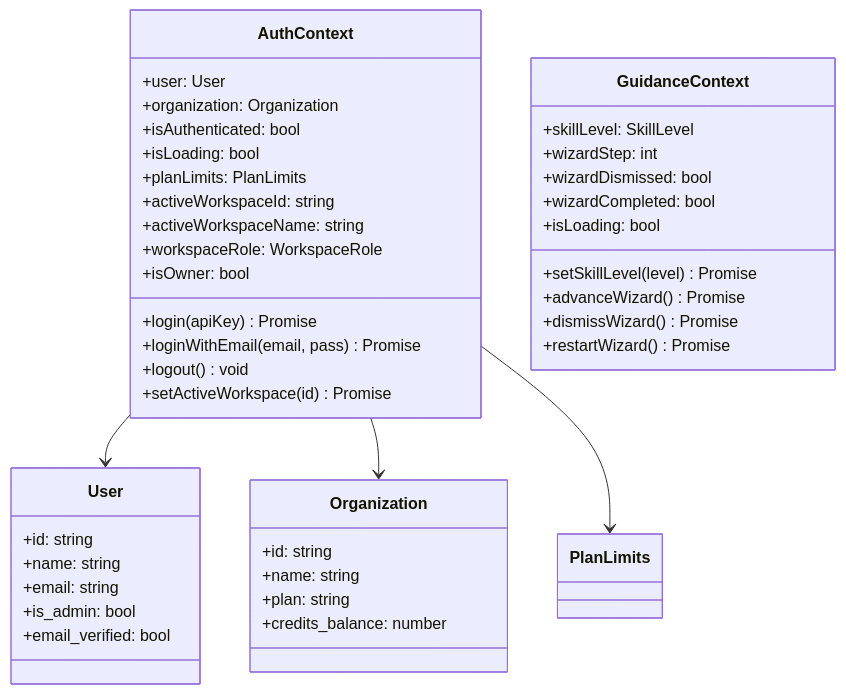
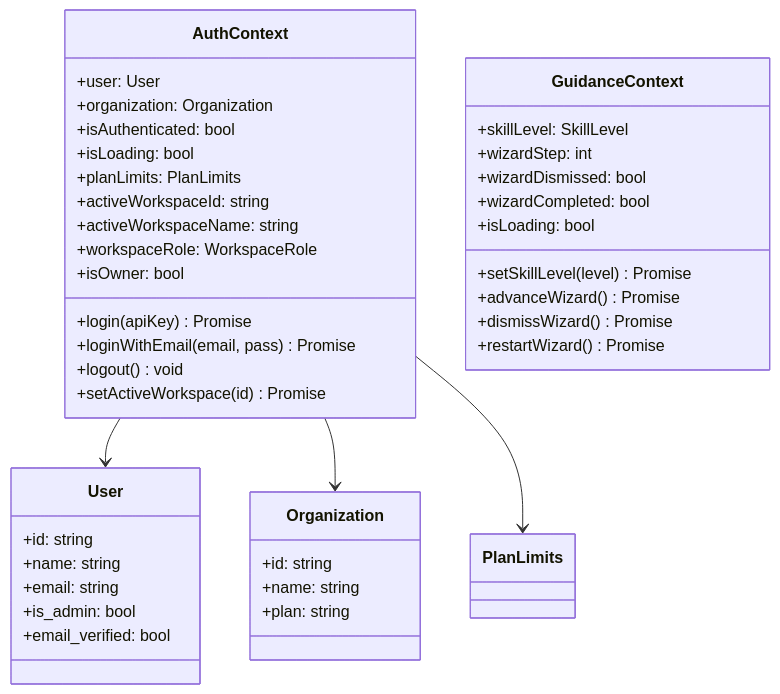
The second of 2 diagrams in docs/ARCHITECTURE/03-frontend/02-state-management.md (avallavall/jaot), drawn with Mermaid before and after one commit. The commit also changed 24 other files, not shown here.

First line of the commit message:
docs(platform): ADR-008 slice 6 — adapt the living architecture docs to the credit-free reality

````diff
--- a/docs/ARCHITECTURE/03-frontend/02-state-management.md
+++ b/docs/ARCHITECTURE/03-frontend/02-state-management.md
@@ -24,49 +24,48 @@
 ```mermaid
 classDiagram
     class AuthContext {
         +user: User
         +organization: Organization
         +isAuthenticated: bool
         +isLoading: bool
         +planLimits: PlanLimits
         +activeWorkspaceId: string
         +activeWorkspaceName: string
         +workspaceRole: WorkspaceRole
         +isOwner: bool
         +login(apiKey) Promise
         +loginWithEmail(email, pass) Promise
         +logout() void
         +setActiveWorkspace(id) Promise
     }
 
     class GuidanceContext {
         +skillLevel: SkillLevel
         +wizardStep: int
         +wizardDismissed: bool
         +wizardCompleted: bool
         +isLoading: bool
         +setSkillLevel(level) Promise
         +advanceWizard() Promise
         +dismissWizard() Promise
         +restartWizard() Promise
     }
 
     class User {
         +id: string
         +name: string
         +email: string
         +is_admin: bool
         +email_verified: bool
     }
 
     class Organization {
         +id: string
         +name: string
         +plan: string
-        +credits_balance: number
     }
 
     AuthContext --> User
     AuthContext --> Organization
     AuthContext --> PlanLimits
 ```
````
